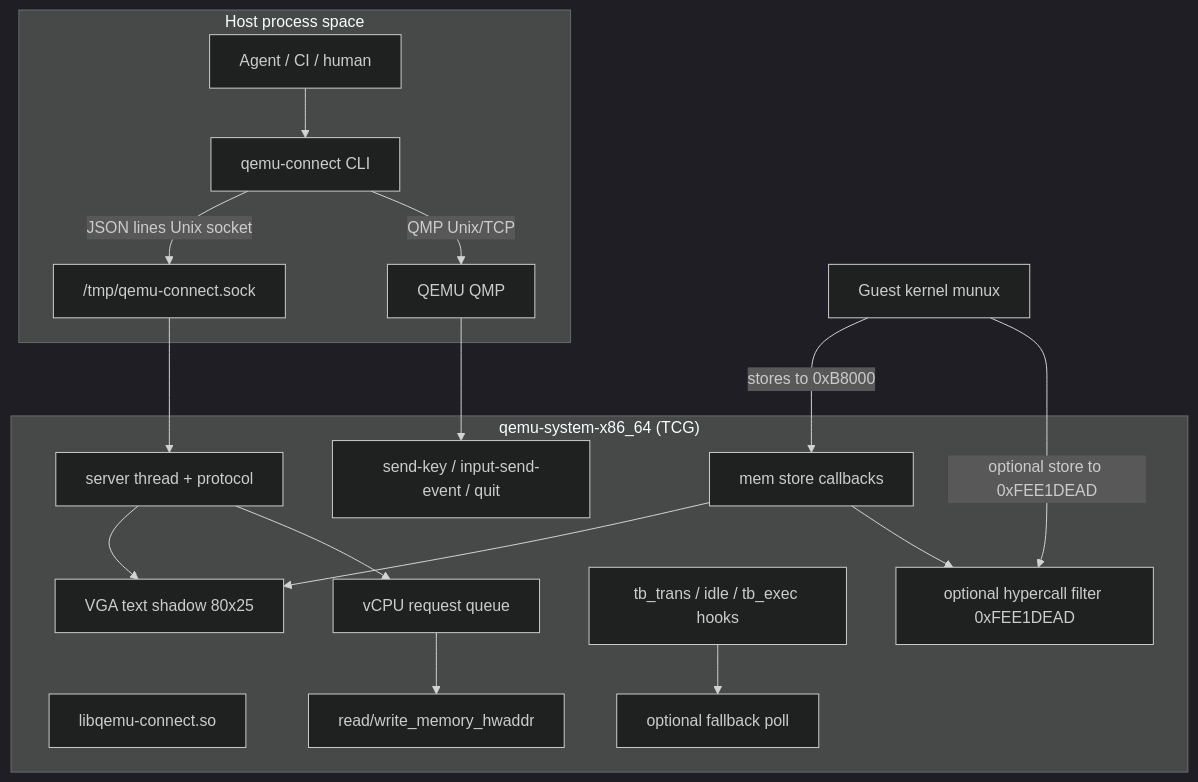
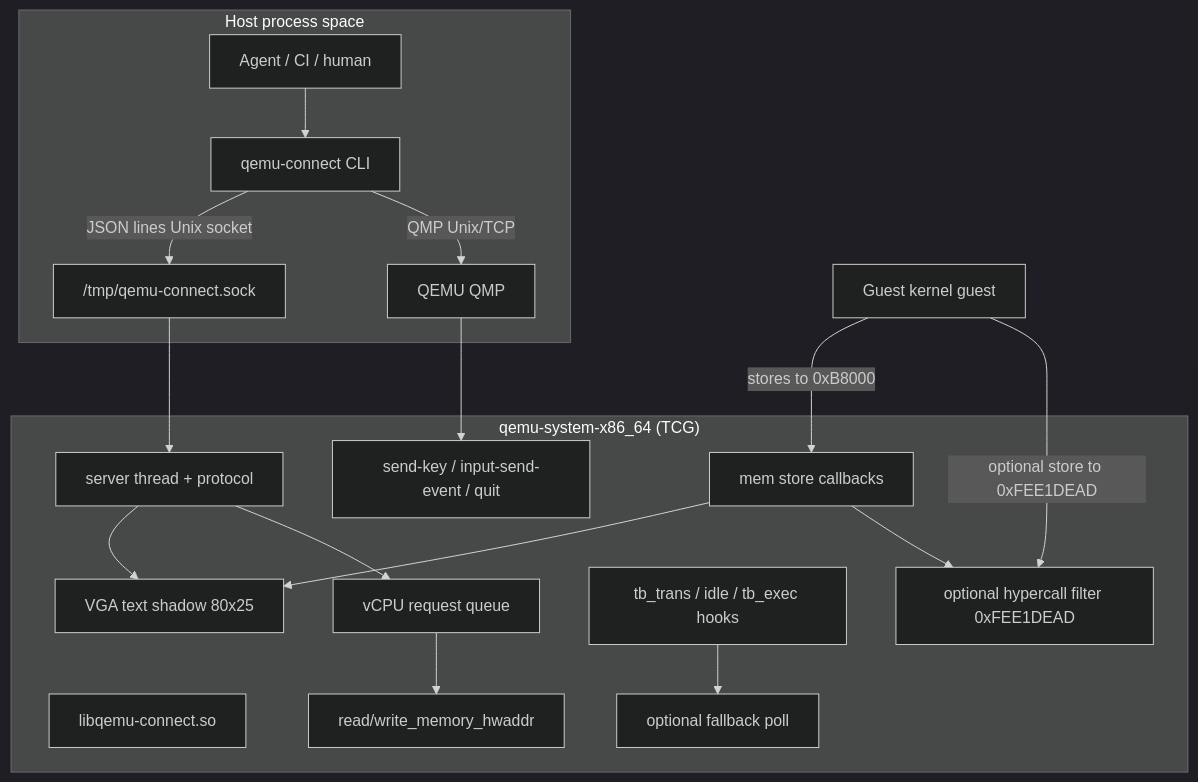
The first of 4 diagrams in docs/IMPLEMENTATION_PLAN.md (ft-mugurel/qemu-mip), drawn with Mermaid (dark theme) before and after one commit. The commit also changed other lines of this file and 32 other files, not shown here.

First line of the commit message:
Use generic guest-kernel naming instead of munux-specific terms

````diff
--- a/docs/IMPLEMENTATION_PLAN.md
+++ b/docs/IMPLEMENTATION_PLAN.md
@@ -112,25 +112,25 @@
 ```mermaid
 flowchart TB
   subgraph Host["Host process space"]
     Agent["Agent / CI / human"]
     CLI["qemu-connect CLI"]
     Agent --> CLI
     CLI -->|"JSON lines Unix socket"| Sock["/tmp/qemu-connect.sock"]
     CLI -->|"QMP Unix/TCP"| QMP["QEMU QMP"]
   end
 
   subgraph QEMU["qemu-system-x86_64 (TCG)"]
     Plugin["libqemu-connect.so"]
     Sock --> Server["server thread + protocol"]
     Server --> VGA["VGA text shadow 80x25"]
     Server --> Queue["vCPU request queue"]
     MemCB["mem store callbacks"] --> VGA
     TB["tb_trans / idle / tb_exec hooks"] --> Poll["optional fallback poll"]
     Queue --> MemAPI["read/write_memory_hwaddr"]
     MemCB --> Hyper["optional hypercall filter 0xFEE1DEAD"]
     QMP --> Keys["send-key / input-send-event / quit"]
   end
 
-  Guest["Guest kernel munux"] -->|"stores to 0xB8000"| MemCB
+  Guest["Guest kernel guest"] -->|"stores to 0xB8000"| MemCB
   Guest -->|"optional store to 0xFEE1DEAD"| Hyper
 ```
````
